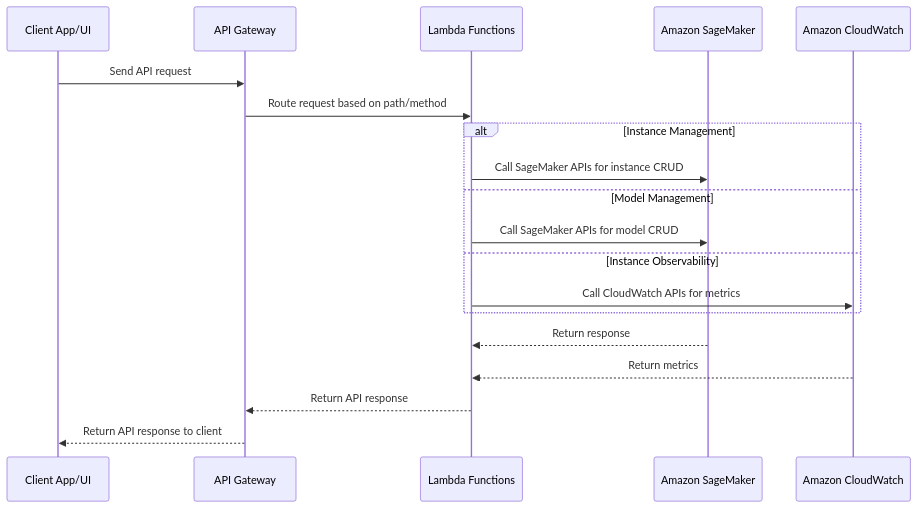
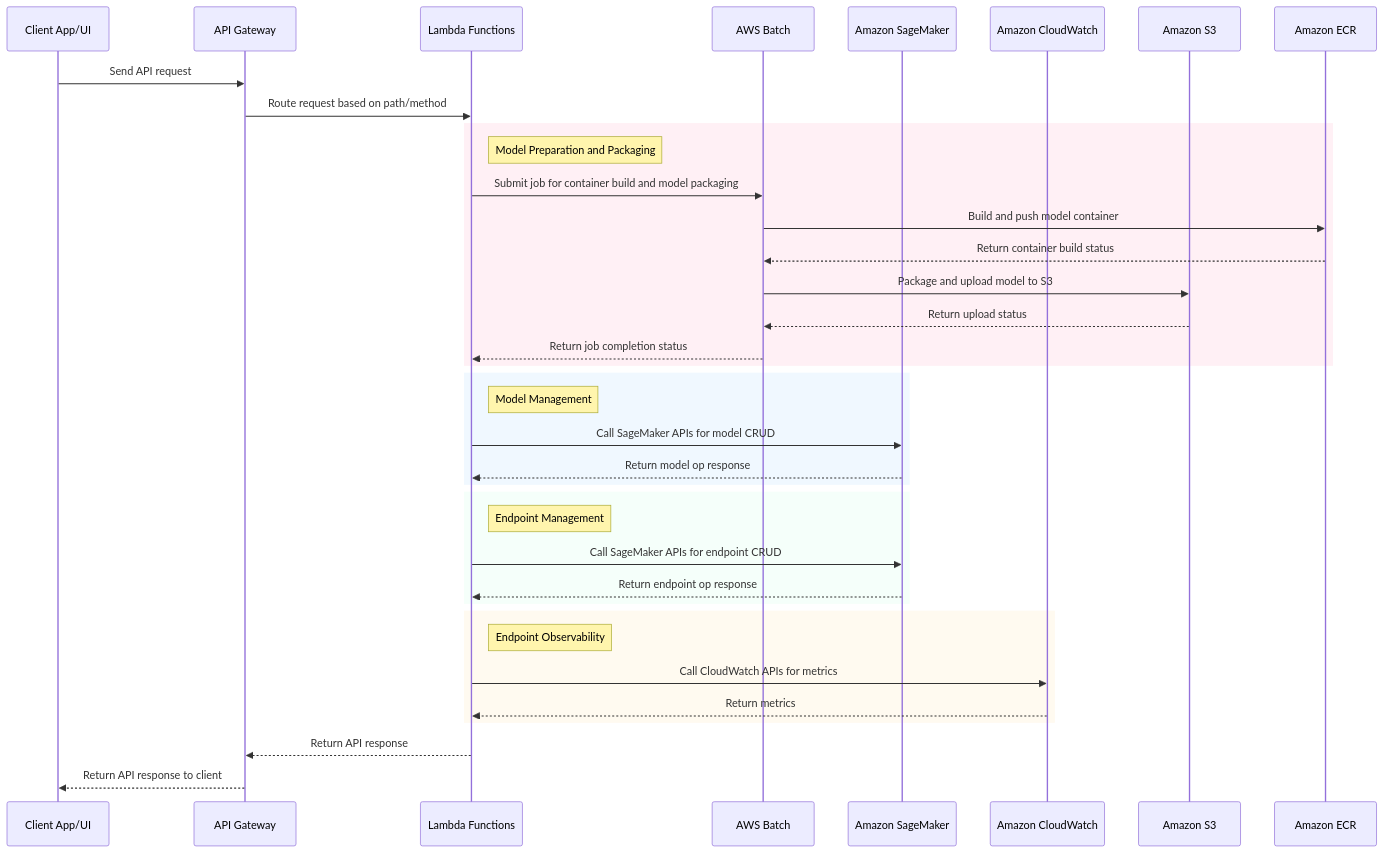
Before and after one commit to yike5460/awesome-notes: the diagram in examples/txt2txt/MLM/README.md, drawn with Mermaid. The commit also changed other lines of this file and 1 other file, not shown here.

Commit message:
docs: update MLM in consideration of model build process

````diff
--- a/examples/txt2txt/MLM/README.md
+++ b/examples/txt2txt/MLM/README.md
@@ -32,24 +43,45 @@
 ```mermaid
 sequenceDiagram
     participant Client as Client App/UI
     participant APIGateway as API Gateway
     participant Lambda as Lambda Functions
+    participant Batch as AWS Batch
     participant SageMaker as Amazon SageMaker
     participant CloudWatch as Amazon CloudWatch
+    participant S3 as Amazon S3
+    participant ECR as Amazon ECR
     
     Client->>APIGateway: Send API request
     APIGateway->>Lambda: Route request based on path/method
     
-    alt Instance Management
-        Lambda->>SageMaker: Call SageMaker APIs for instance CRUD
-    else Model Management  
-        Lambda->>SageMaker: Call SageMaker APIs for model CRUD
-    else Instance Observability
-        Lambda->>CloudWatch: Call CloudWatch APIs for metrics
+    rect rgb(255, 240, 245)
+    note right of Lambda: Model Preparation and Packaging
+    Lambda->>Batch: Submit job for container build and model packaging
+    Batch->>ECR: Build and push model container
+    ECR-->>Batch: Return container build status
+    Batch->>S3: Package and upload model to S3
+    S3-->>Batch: Return upload status
+    Batch-->>Lambda: Return job completion status
     end
-    
-    SageMaker-->>Lambda: Return response
+
+    rect rgb(240, 248, 255)
+    note right of Lambda: Model Management
+    Lambda->>SageMaker: Call SageMaker APIs for model CRUD  
+    SageMaker-->>Lambda: Return model op response   
+    end
+
+    rect rgb(245, 255, 250)
+    note right of Lambda: Endpoint Management
+    Lambda->>SageMaker: Call SageMaker APIs for endpoint CRUD
+    SageMaker-->>Lambda: Return endpoint op response
+    end
+
+    rect rgb(255, 250, 240)
+    note right of Lambda: Endpoint Observability
+    Lambda->>CloudWatch: Call CloudWatch APIs for metrics
     CloudWatch-->>Lambda: Return metrics
+    end
+
     Lambda-->>APIGateway: Return API response
     APIGateway-->>Client: Return API response to client
 ```
````
